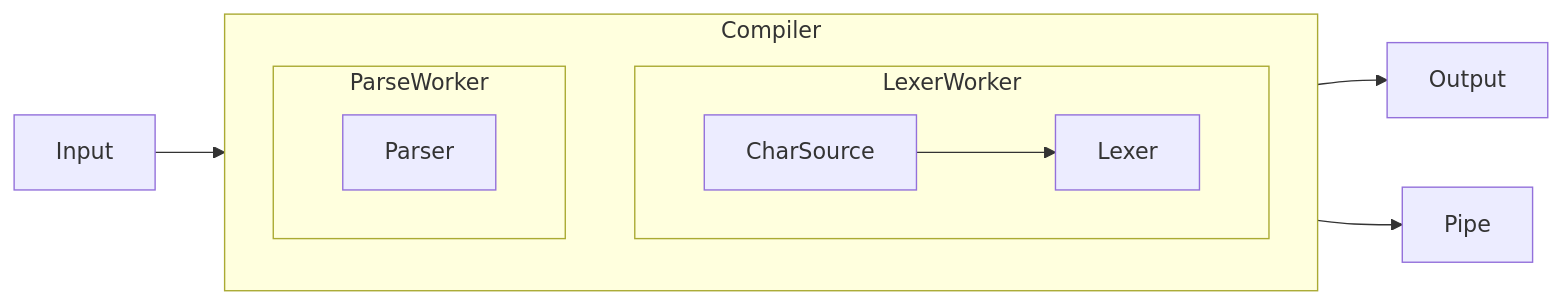
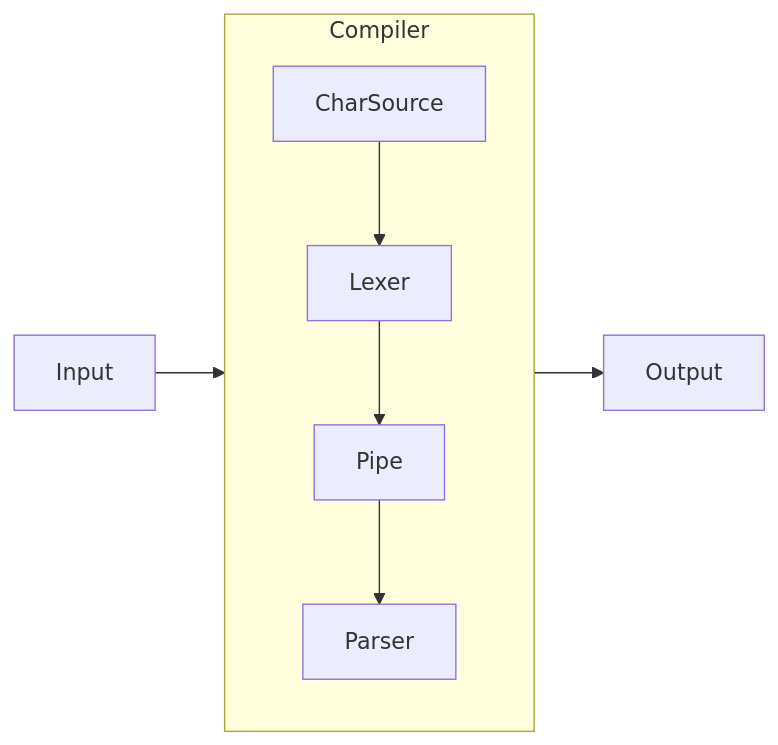
The diagram in README.md (Ramzeeset/Expression-Parser), drawn with Mermaid before and after one commit.

````diff
--- a/README.md
+++ b/README.md
@@ -7,14 +7,9 @@
 ```mermaid
 flowchart LR
   subgraph Compiler
-    direction TB
-    subgraph LexerWorker
-        CharSource-->Lexer
-    end
-    subgraph ParseWorker
-        Parser
-    end
+    CharSource-->Lexer
+    Lexer-->Pipe
+    Pipe-->Parser
   end
   Input --> Compiler --> Output
-  LexerWorker-->Pipe
 ```
````
